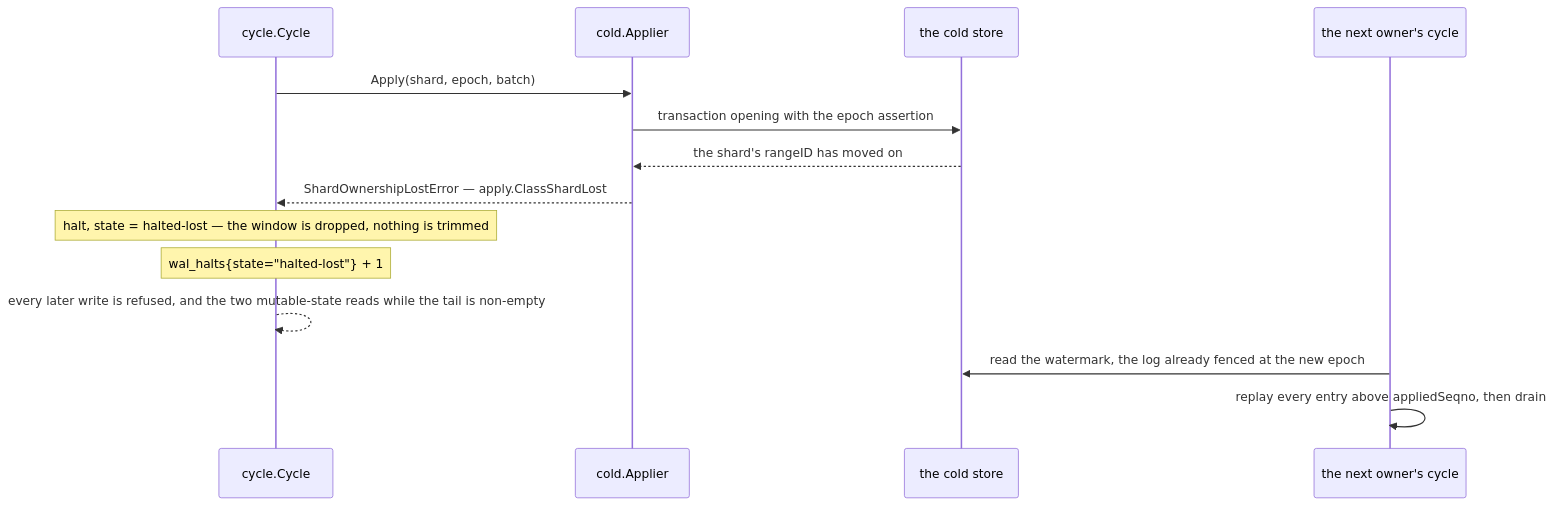
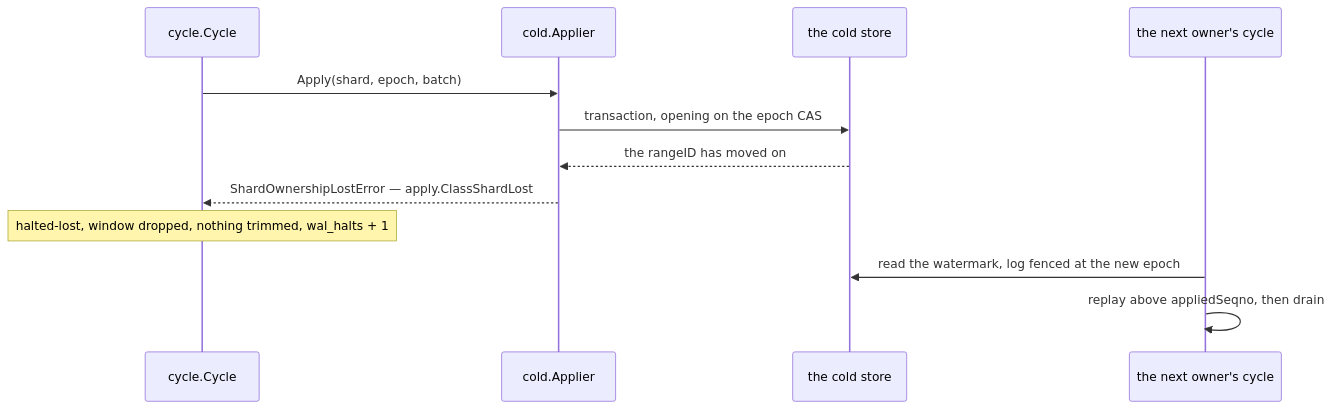
One commit to aromanovich/waltz changed the sixth of 9 diagrams in docs/handbook/05-write-path.md. Above: the diagram before and after it, drawn with Mermaid. The commit also changed other lines of this file and 187 other files, not shown here.

````diff
--- a/docs/handbook/05-write-path.md
+++ b/docs/handbook/05-write-path.md
@@ -462,17 +387,15 @@
 ```mermaid
 sequenceDiagram
   participant CY as cycle.Cycle
   participant AP as cold.Applier
   participant CS as the cold store
   participant NX as the next owner's cycle
 
   CY->>AP: Apply(shard, epoch, batch)
-  AP->>CS: transaction opening with the epoch assertion
-  CS-->>AP: the shard's rangeID has moved on
+  AP->>CS: transaction, opening on the epoch CAS
+  CS-->>AP: the rangeID has moved on
   AP-->>CY: ShardOwnershipLostError — apply.ClassShardLost
-  Note over CY: halt, state = halted-lost — the window is dropped, nothing is trimmed
-  Note over CY: wal_halts{state="halted-lost"} + 1
-  CY-->>CY: every later write is refused, and the two mutable-state reads while the tail is non-empty
-  NX->>CS: read the watermark, the log already fenced at the new epoch
-  NX->>NX: replay every entry above appliedSeqno, then drain
+  Note over CY: halted-lost, window dropped, nothing trimmed, wal_halts + 1
+  NX->>CS: read the watermark, log fenced at the new epoch
+  NX->>NX: replay above appliedSeqno, then drain
 ```
````
